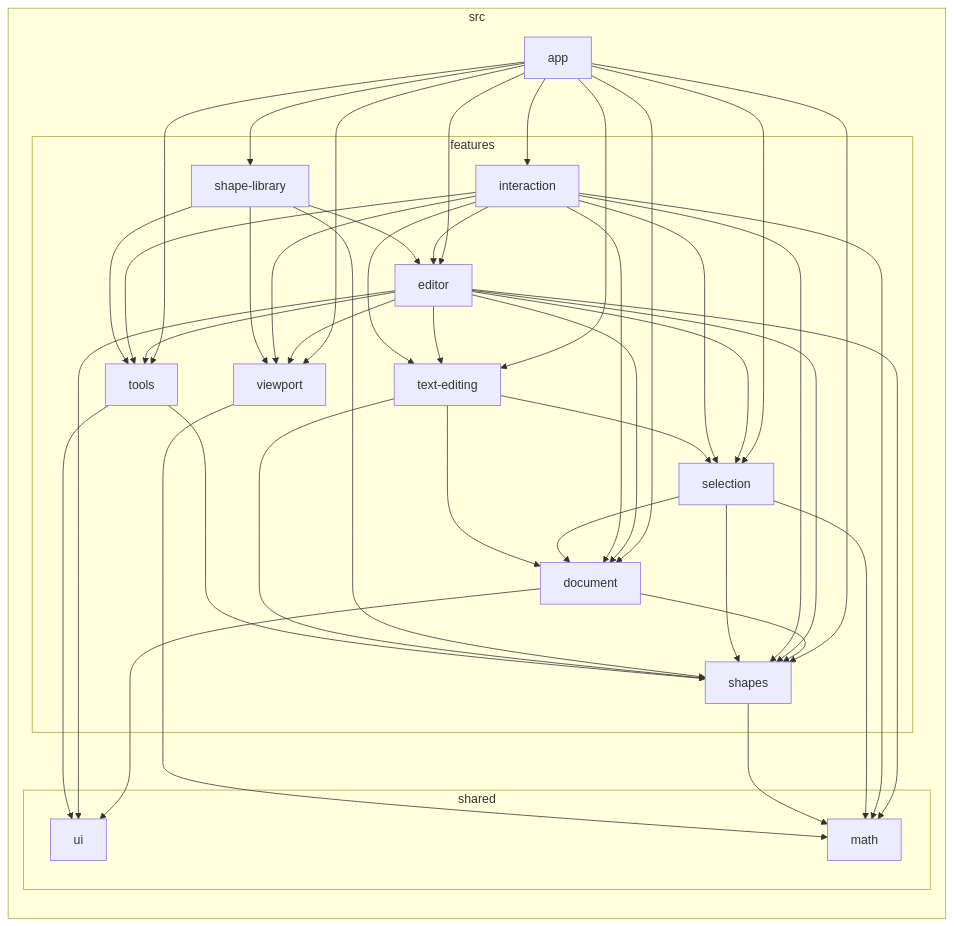
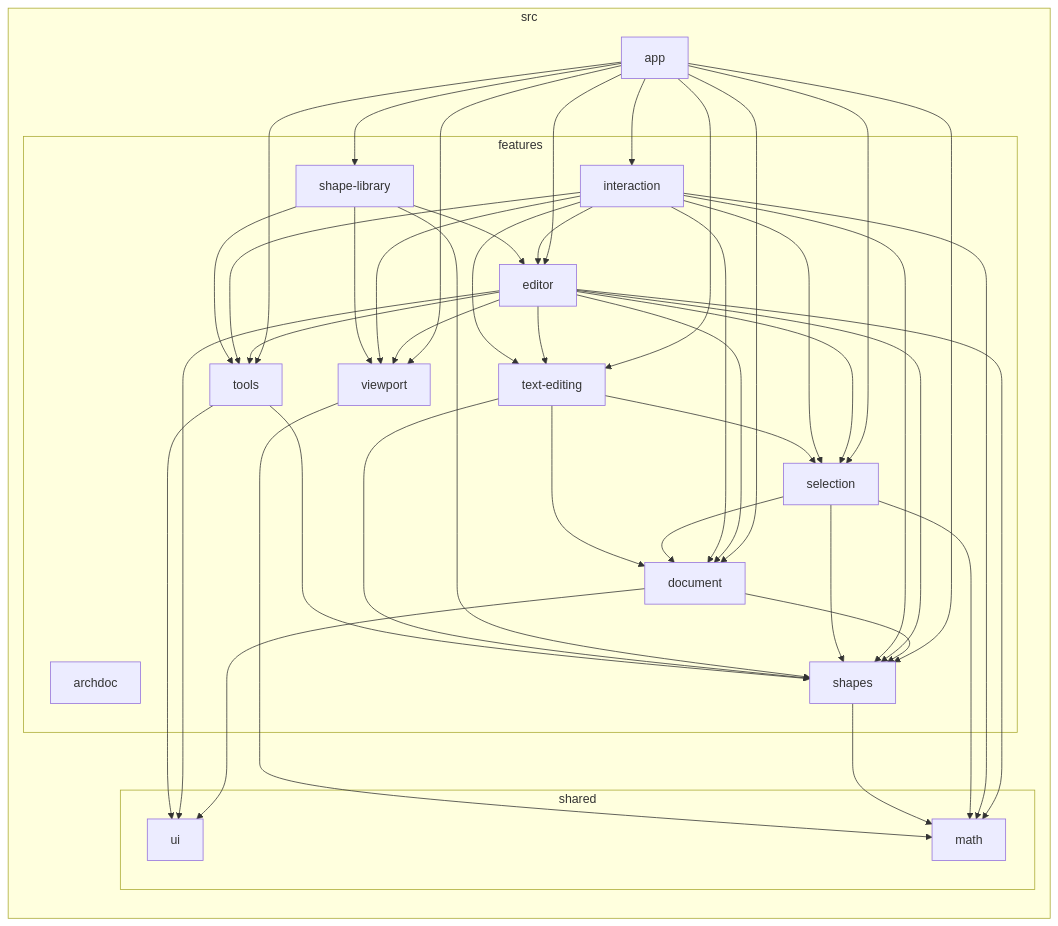
Before and after one commit to Kobe-Vandenberghe/Slate: the first of 2 diagrams in docs/ARCHITECTURE.md, drawn with Mermaid. The commit also changed other lines of this file and 11 other files, not shown here.

````diff
--- a/docs/ARCHITECTURE.md
+++ b/docs/ARCHITECTURE.md
@@ -33,63 +34,64 @@
 ```mermaid
 flowchart LR
 
 subgraph 0["src"]
 1["app"]
 subgraph 2["features"]
-3["document"]
-4["editor"]
-5["interaction"]
-6["selection"]
-7["shape-library"]
-8["shapes"]
-9["text-editing"]
-A["tools"]
-B["viewport"]
+3["archdoc"]
+4["document"]
+5["editor"]
+6["interaction"]
+7["selection"]
+8["shape-library"]
+9["shapes"]
+A["text-editing"]
+B["tools"]
+C["viewport"]
 end
-subgraph C["shared"]
-D["math"]
-E["ui"]
+subgraph D["shared"]
+E["math"]
+F["ui"]
 end
 end
-1-->3
 1-->4
 1-->5
 1-->6
 1-->7
-1-->9
+1-->8
 1-->A
 1-->B
-1-->8
-3-->E
-3-->8
-4-->6
-4-->8
+1-->C
+1-->9
+4-->F
 4-->9
-4-->B
-4-->D
-4-->E
-4-->3
-4-->A
-5-->3
-5-->4
-5-->6
+5-->7
 5-->9
 5-->A
+5-->C
+5-->E
+5-->F
+5-->4
 5-->B
-5-->8
-5-->D
-6-->D
-6-->8
-6-->3
-7-->8
-7-->A
+6-->4
+6-->5
+6-->7
+6-->A
+6-->B
+6-->C
+6-->9
+6-->E
+7-->E
+7-->9
 7-->4
-7-->B
-8-->D
-9-->3
-9-->6
-9-->8
-A-->E
-A-->8
-B-->D
+8-->9
+8-->B
+8-->5
+8-->C
+9-->E
+A-->4
+A-->7
+A-->9
+B-->F
+B-->9
+C-->E
 ```
````
